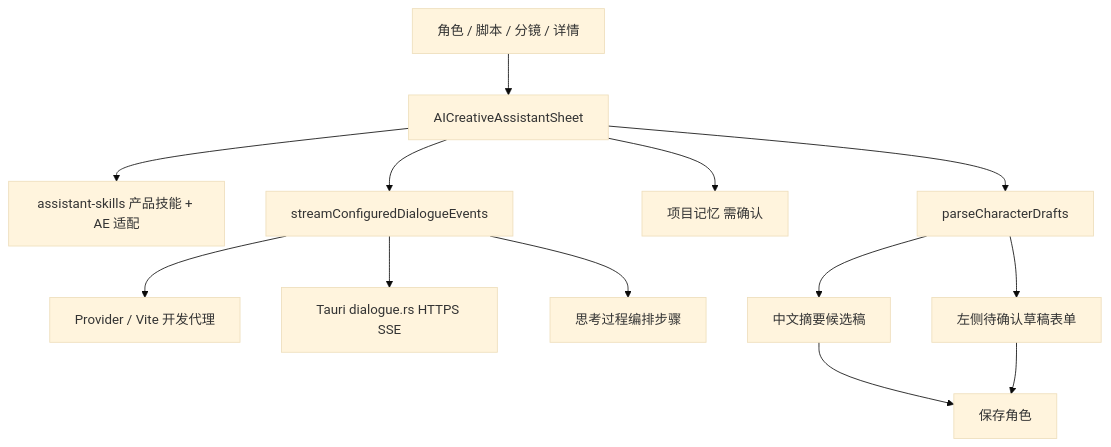
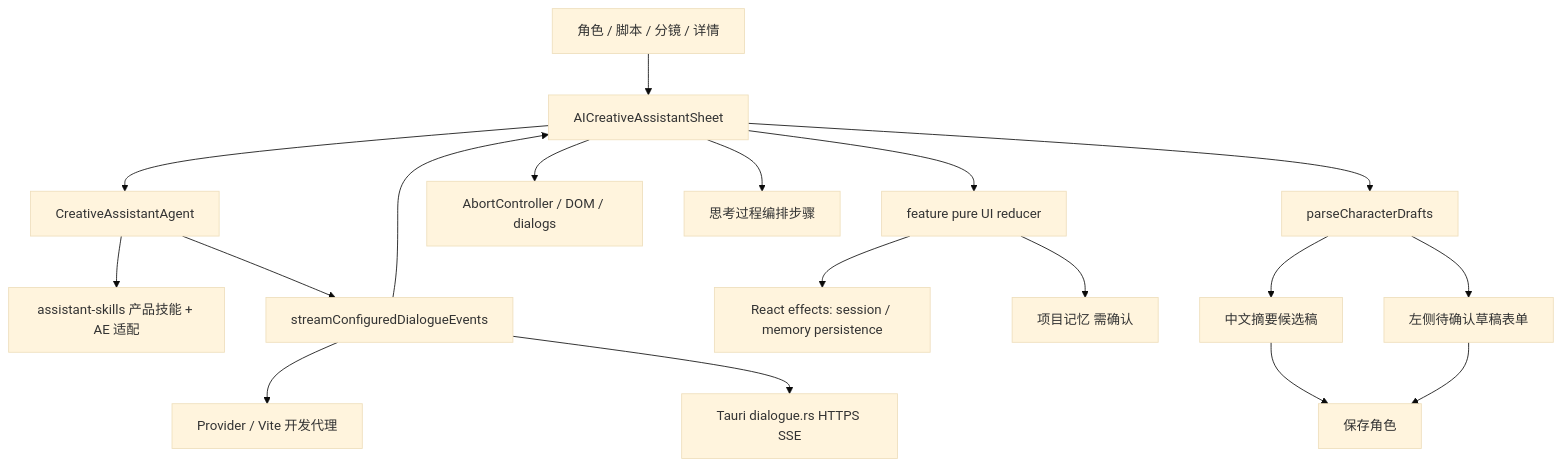
One commit to YaoGUanquan/novella changed the third of 9 diagrams in docs/03-analysis/architecture-graph.md. Above: the diagram before and after it, drawn with Mermaid (base theme). The commit also changed other lines of this file and 35 other files, not shown here.

Commit message:
docs(assistant): sync plans memory and architecture evidence

````diff
--- a/docs/03-analysis/architecture-graph.md
+++ b/docs/03-analysis/architecture-graph.md
@@ -64,26 +64,34 @@
 ```mermaid
 flowchart TD
   Steps[角色 / 脚本 / 分镜 / 详情]
   Sheet[AICreativeAssistantSheet]
+  Reducer[feature pure UI reducer]
+  Agent[CreativeAssistantAgent]
   Skills[assistant-skills 产品技能 + AE 适配]
   Events[streamConfiguredDialogueEvents]
   Web[Provider / Vite 开发代理]
   Native[Tauri dialogue.rs HTTPS SSE]
+  Effects[React effects: session / memory persistence]
+  Abort[AbortController / DOM / dialogs]
   Timeline[思考过程编排步骤]
   Memory[项目记忆 需确认]
   Parse[parseCharacterDrafts]
   Preview[中文摘要候选稿]
   Draft[左侧待确认草稿表单]
   Persist[保存角色]
 
-  Steps --> Sheet --> Skills
-  Sheet --> Events
+  Steps --> Sheet
+  Sheet --> Reducer
+  Sheet --> Agent --> Skills
+  Agent --> Events
   Events --> Web
   Events --> Native
-  Events --> Timeline
-  Sheet --> Memory
+  Events --> Sheet --> Timeline
+  Reducer --> Effects
+  Sheet --> Abort
+  Reducer --> Memory
   Sheet --> Parse --> Preview
   Parse --> Draft
   Preview --> Persist
   Draft --> Persist
 ```
````
